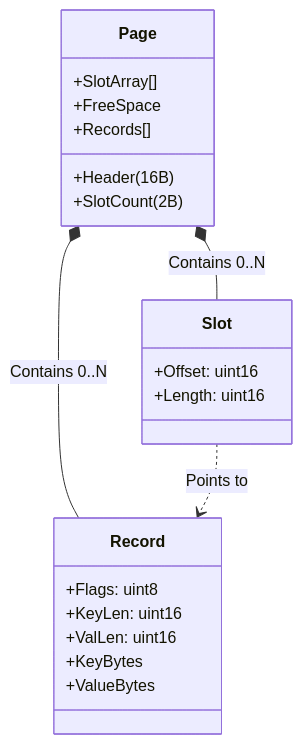
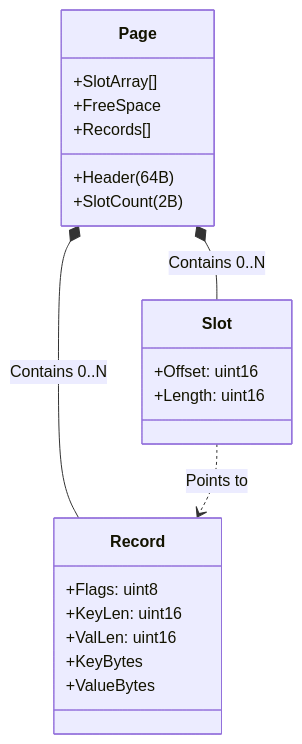
Before and after one commit to abhikdps/adaptive-query-accelerator: the diagram in docs/storage-format.md, drawn with Mermaid. The commit also changed other lines of this file and 7 other files, not shown here.

````diff
--- a/docs/storage-format.md
+++ b/docs/storage-format.md
@@ -83,27 +82,27 @@
 ```mermaid
 classDiagram
     class Page {
-        +Header (16B)
+        +Header (64B)
         +SlotCount (2B)
         +SlotArray[]
         +FreeSpace
         +Records[]
     }
 
     class Slot {
         +Offset: uint16
         +Length: uint16
     }
 
     class Record {
         +Flags: uint8
         +KeyLen: uint16
         +ValLen: uint16
         +KeyBytes
         +ValueBytes
     }
 
     Page *-- Slot : Contains 0..N
     Page *-- Record : Contains 0..N
     Slot ..> Record : Points to
 ```
````
